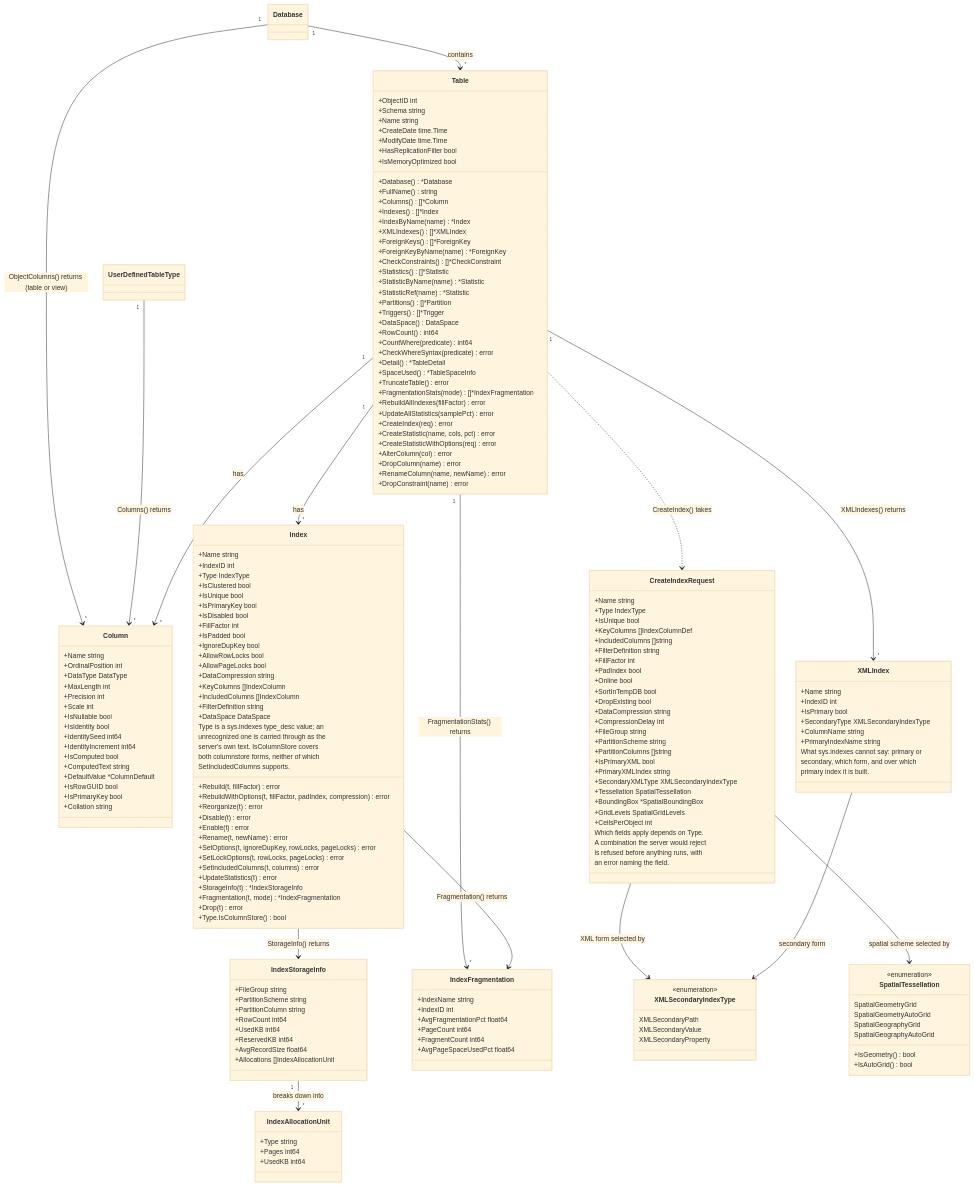
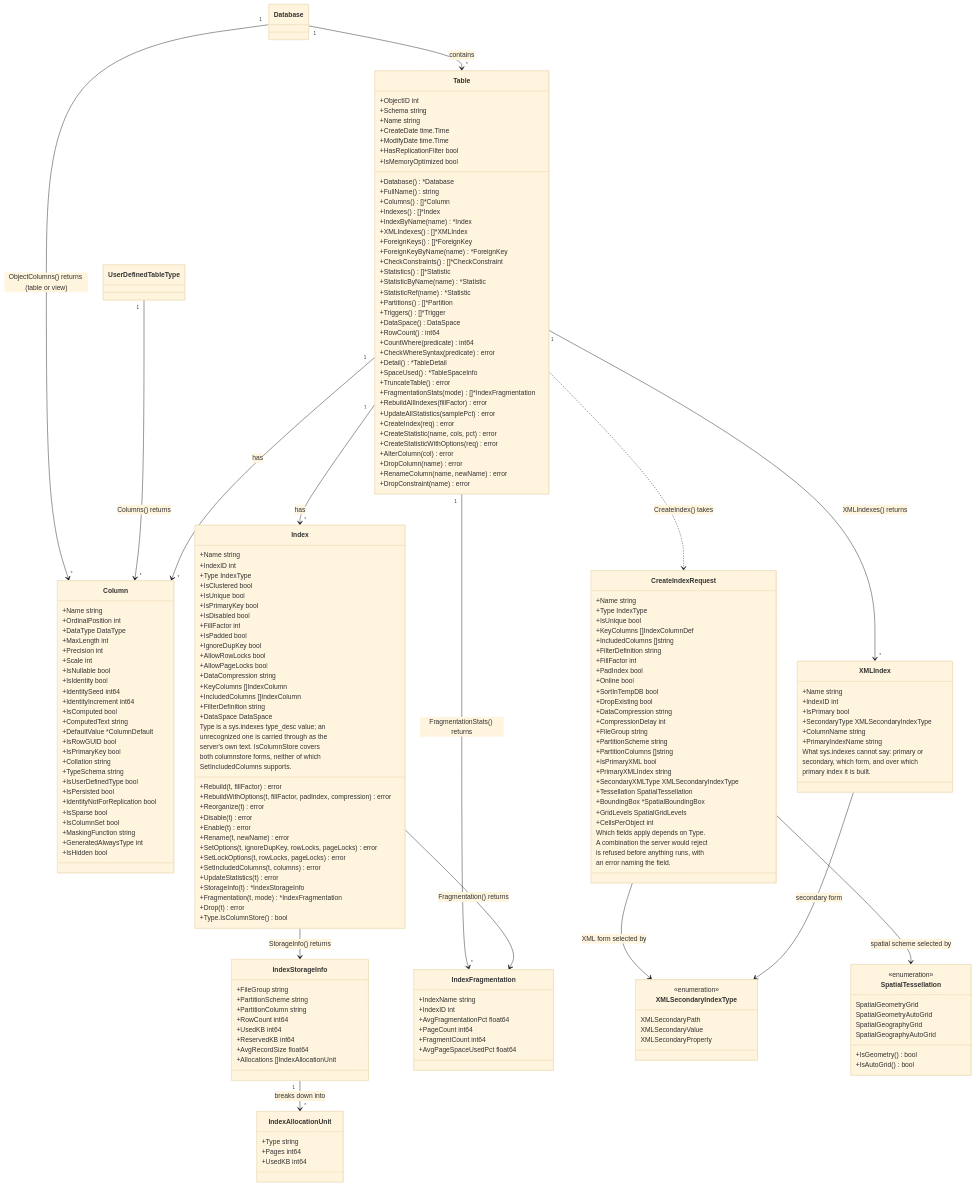
The diagram in diagram/10-tables-and-indexes.mmd (radix29/gosmo), drawn with Mermaid (base theme) before and after one commit. The commit also changed 240 other files, not shown here.

```diff
--- a/diagram/10-tables-and-indexes.mmd
+++ b/diagram/10-tables-and-indexes.mmd
@@ -62,6 +62,15 @@
         +IsRowGUID bool
         +IsPrimaryKey bool
         +Collation string
+        +TypeSchema string
+        +IsUserDefinedType bool
+        +IsPersisted bool
+        +IdentityNotForReplication bool
+        +IsSparse bool
+        +IsColumnSet bool
+        +MaskingFunction string
+        +GeneratedAlwaysType int
+        +IsHidden bool
     }
 
     class Index {
```
